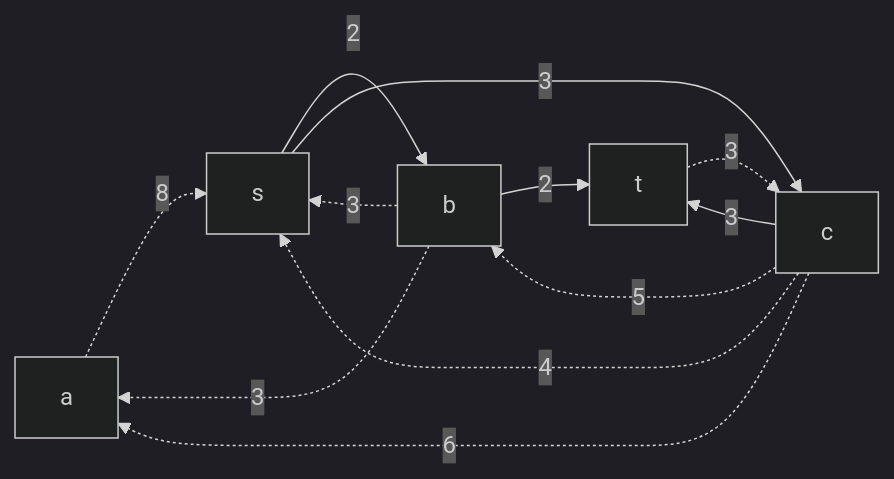
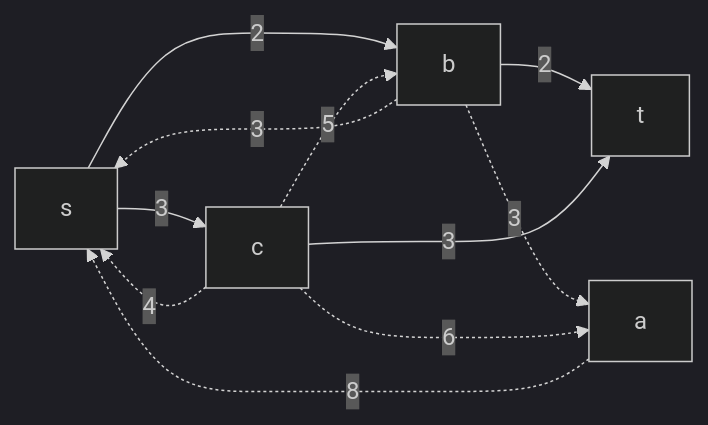
One commit to HSE-algo-23-crow/manual_tasks changed the sixth of 8 diagrams in task_14/Mongolian_tomatoes_task_14.md. Above: the diagram before and after it, drawn with Mermaid (dark theme). The commit also changed other lines of this file, not shown here.

````diff
--- a/task_14/Mongolian_tomatoes_task_14.md
+++ b/task_14/Mongolian_tomatoes_task_14.md
@@ -91,14 +93,13 @@
 ```mermaid
 graph LR
+    s-->|2|b
+    b-.->|3|s
+    b-->|2|t
     a-.->|8|s
-    c-.->|4|s
-    b-.->|3|s
-    s-->|2|b
+    c-.->|5|b
     b-.->|3|a
     c-.->|6|a
-    c-.->|5|b
-    b-->|2|t
-    t-.->|3|c
+    c-.->|4|s
+    s-->|3|c
     c-->|3|t
-    s-->|3|c
 ```
````
